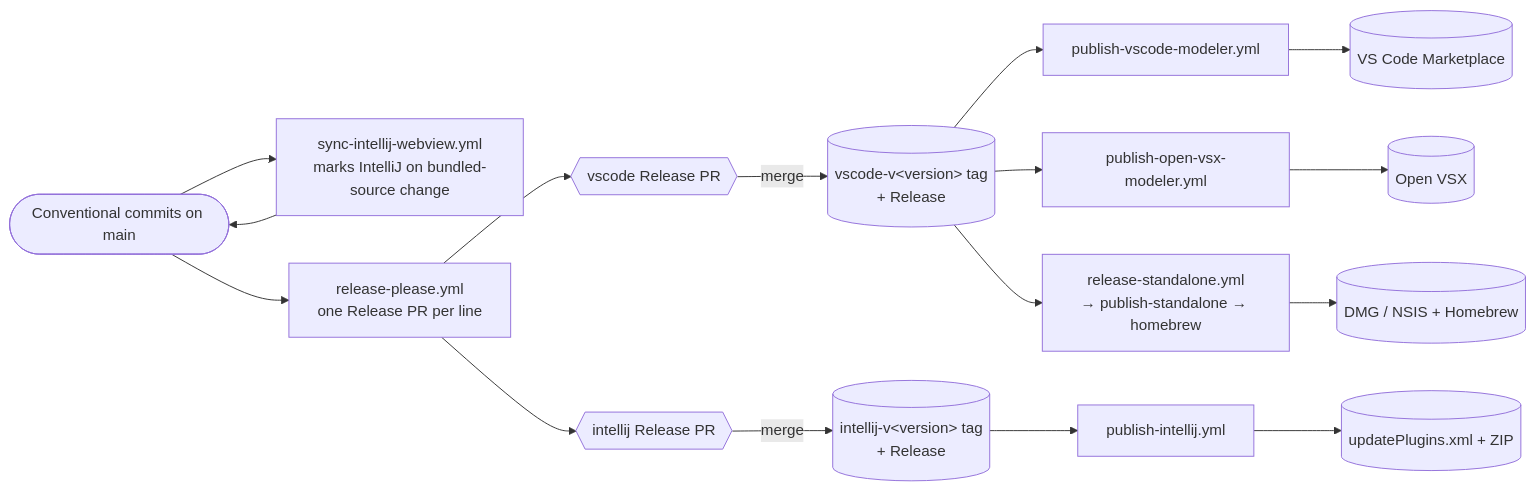
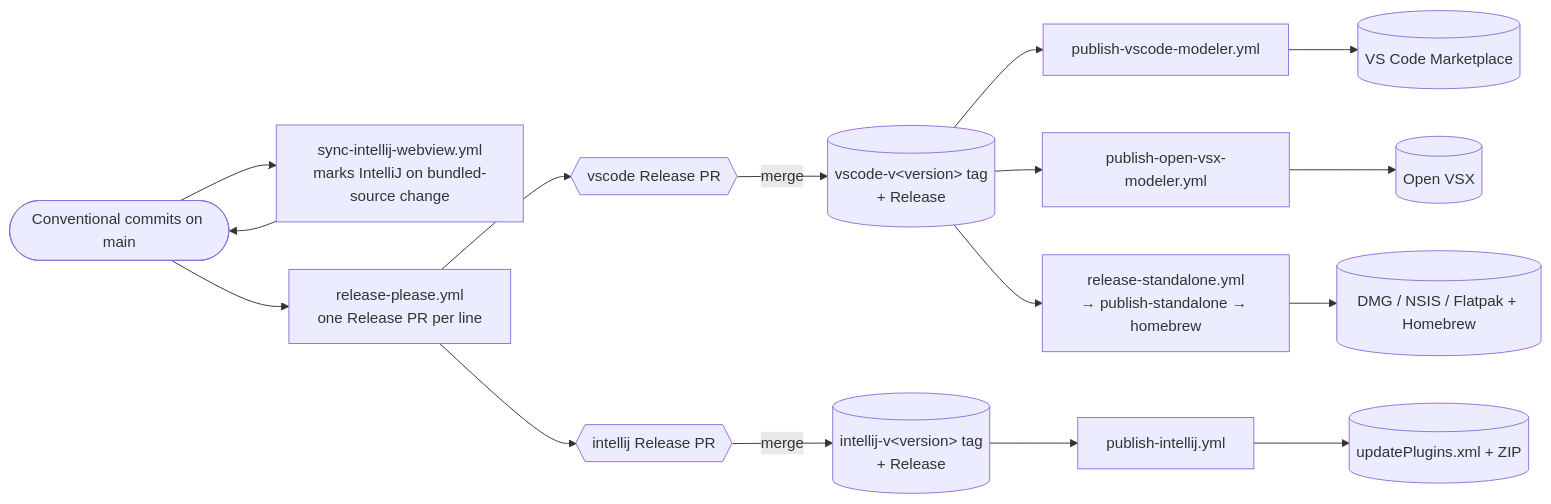
The diagram in docs/vscode/contributing/release-process.md (Miragon/bpmn-modeler), drawn with Mermaid before and after one commit. The commit also changed other lines of this file and 9 other files, not shown here.

````diff
--- a/docs/vscode/contributing/release-process.md
+++ b/docs/vscode/contributing/release-process.md
@@ -52,25 +52,25 @@
 ```mermaid
 flowchart LR
     commits([Conventional commits on main])
     sync[sync-intellij-webview.yml<br/>marks IntelliJ on bundled-source change]
     rp[release-please.yml<br/>one Release PR per line]
     pr_v{{vscode Release PR}}
     pr_i{{intellij Release PR}}
     tag_v[(vscode-v&lt;version&gt; tag<br/>+ Release)]
     tag_i[(intellij-v&lt;version&gt; tag<br/>+ Release)]
 
     commits --> rp
     commits --> sync --> commits
     rp --> pr_v -->|merge| tag_v
     rp --> pr_i -->|merge| tag_i
 
     tag_v --> p_vscode[publish-vscode-modeler.yml]
     tag_v --> p_ovsx[publish-open-vsx-modeler.yml]
     tag_v --> p_standalone[release-standalone.yml<br/>→ publish-standalone → homebrew]
     tag_i --> p_intellij[publish-intellij.yml]
 
     p_vscode --> a_vscode[(VS Code Marketplace)]
     p_ovsx --> a_ovsx[(Open VSX)]
-    p_standalone --> a_standalone[(DMG / NSIS + Homebrew)]
+    p_standalone --> a_standalone[(DMG / NSIS / Flatpak + Homebrew)]
     p_intellij --> a_intellij[(updatePlugins.xml + ZIP)]
 ```
````
